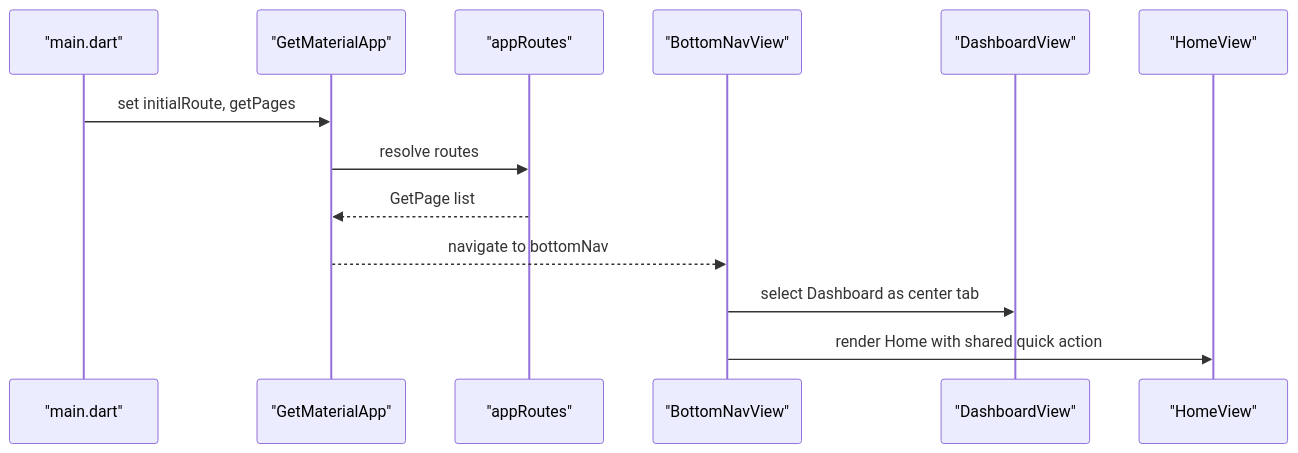
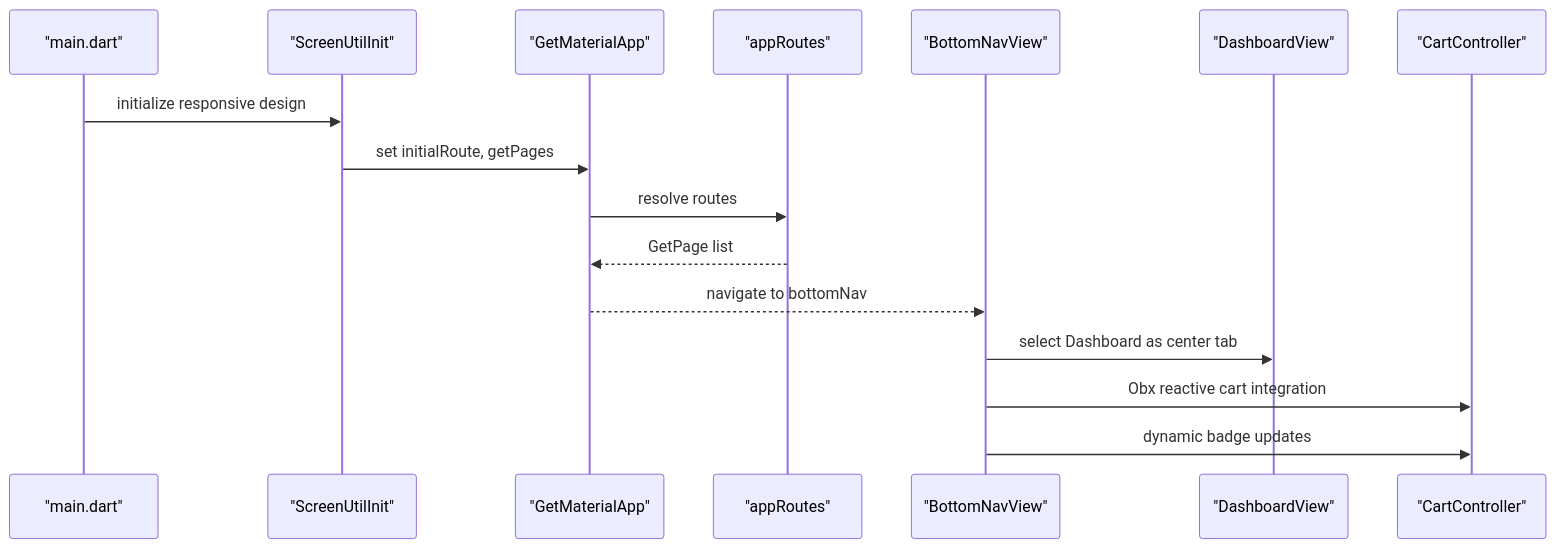
One commit to Ariful3111/FurniGo changed the seventh of 11 diagrams in .qoder/repowiki/en/content/Core Features/Dashboard and Navigation.md. Above: the diagram before and after it, drawn with Mermaid. The commit also changed other lines of this file and 3 other files, not shown here.

````diff
--- a/.qoder/repowiki/en/content/Core Features/Dashboard and Navigation.md
+++ b/.qoder/repowiki/en/content/Core Features/Dashboard and Navigation.md
@@ -329,15 +397,18 @@
 ```mermaid
 sequenceDiagram
 participant Boot as "main.dart"
+participant ScreenUtil as "ScreenUtilInit"
 participant App as "GetMaterialApp"
 participant Router as "appRoutes"
 participant BN as "BottomNavView"
 participant Dash as "DashboardView"
-participant Home as "HomeView"
-Boot->>App : set initialRoute, getPages
+participant CartCtrl as "CartController"
+Boot->>ScreenUtil : initialize responsive design
+ScreenUtil->>App : set initialRoute, getPages
 App->>Router : resolve routes
 Router-->>App : GetPage list
 App-->>BN : navigate to bottomNav
 BN->>Dash : select Dashboard as center tab
-BN->>Home : render Home with shared quick action
+BN->>CartCtrl : Obx reactive cart integration
+BN->>CartCtrl : dynamic badge updates
 ```
````
